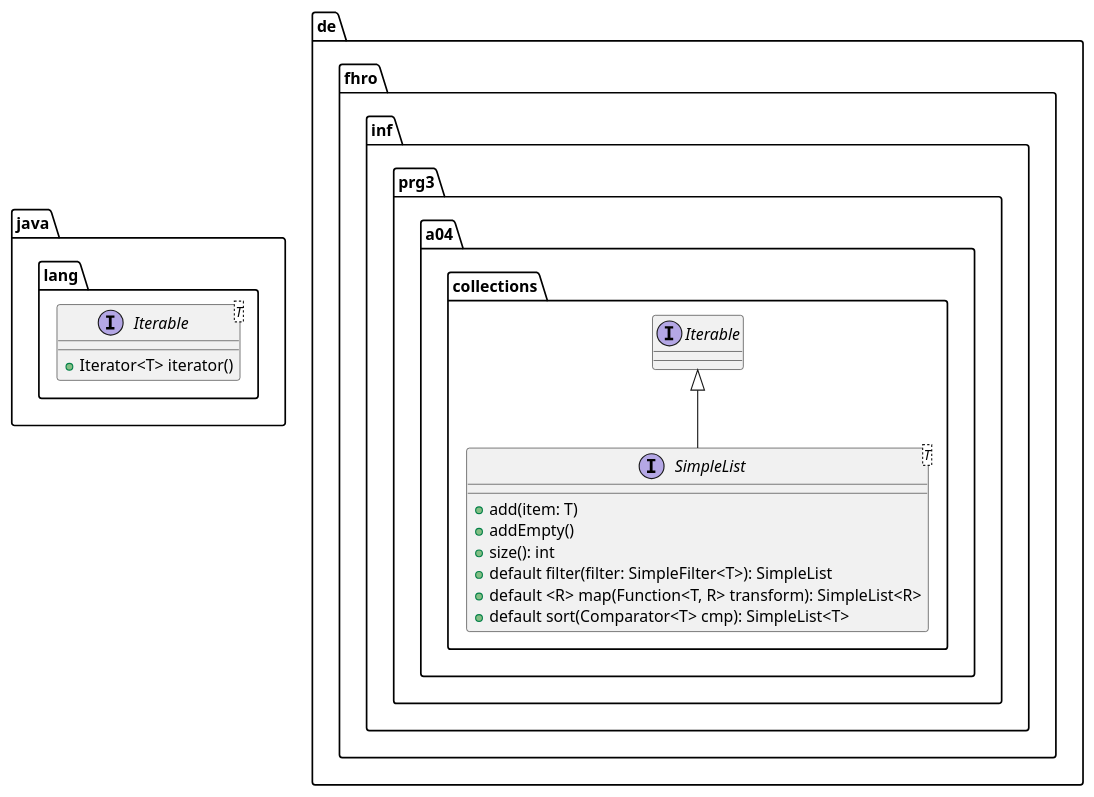
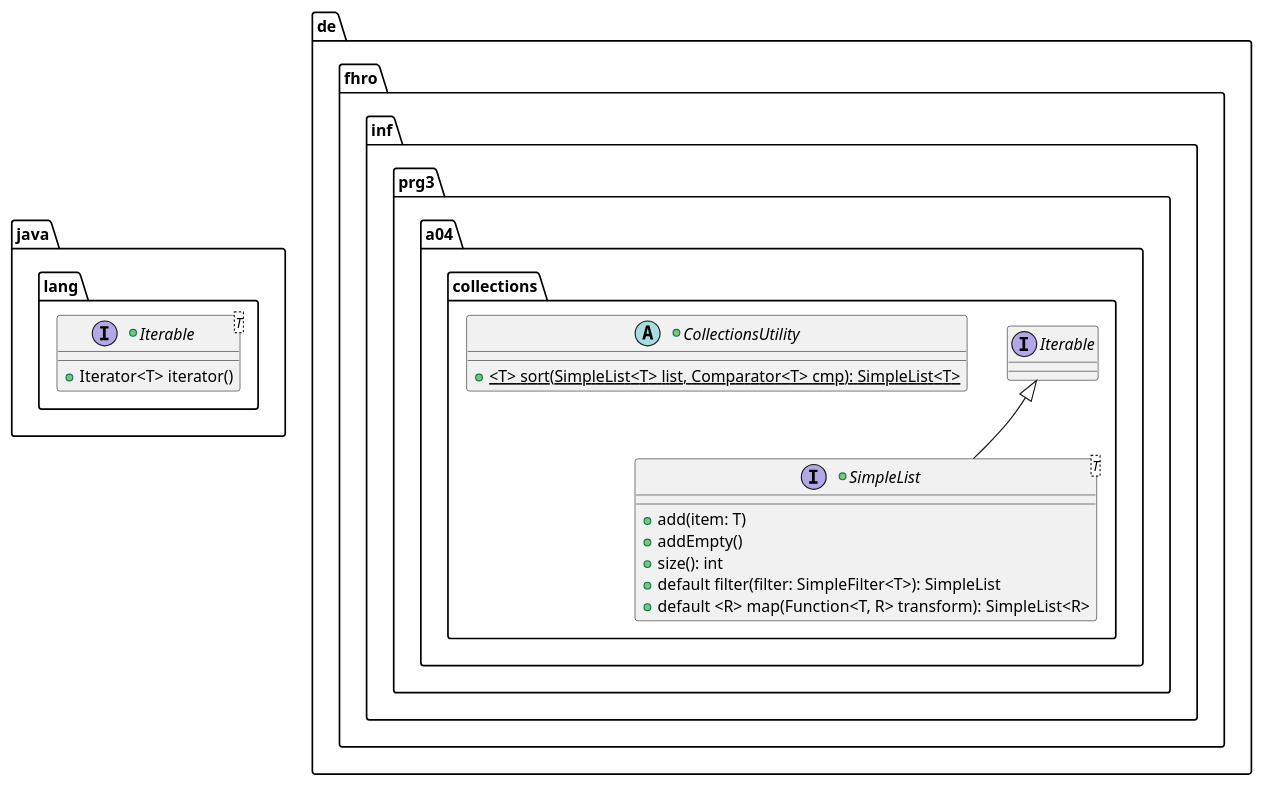
One commit to studlinnth6233/04-generics changed the diagram in assets/class-spec-2.plantuml. Above: the diagram before and after it, drawn with PlantUML. The commit also changed 2 other files, not shown here.

Commit message:
Changed spec of optional sort method

```diff
--- a/assets/class-spec-2.plantuml
+++ b/assets/class-spec-2.plantuml
@@ -1,20 +1,22 @@
 @startuml
 
 package java.lang {
 
-    interface Iterable<T> {
+    +interface Iterable<T> {
         +Iterator<T> iterator()
     }
 }
 
 package de.fhro.inf.prg3.a04.collections {
-    interface SimpleList<T> extends Iterable {
-                +add(item: T)
-                +addEmpty()
-                +size(): int
-                +default filter(filter: SimpleFilter<T>): SimpleList
-                +default <R> map(Function<T, R> transform): SimpleList<R>
-                +default sort(Comparator<T> cmp): SimpleList<T>
-            }
+    +interface SimpleList<T> extends Iterable {
+        +add(item: T)
+        +addEmpty()
+        +size(): int
+        +default filter(filter: SimpleFilter<T>): SimpleList
+        +default <R> map(Function<T, R> transform): SimpleList<R>
+    }
+    +abstract class CollectionsUtility {
+        +{static}<T> sort(SimpleList<T> list, Comparator<T> cmp): SimpleList<T>
+    }
 }
 @enduml
```
